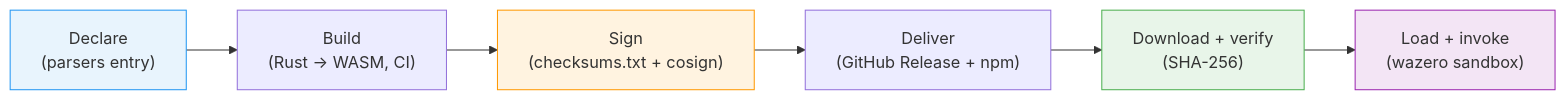
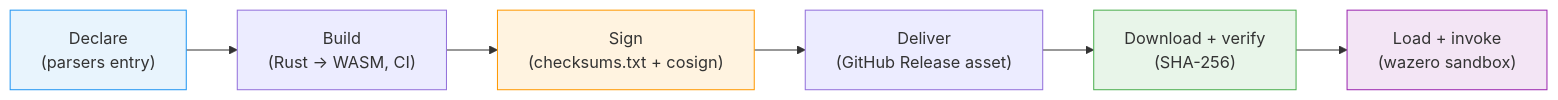
The first of 3 diagrams in website/docs/guides/architecture/parsers.md (datamitsu/datamitsu), drawn with Mermaid before and after one commit. The commit also changed other lines of this file and 15 other files, not shown here.

First line of the commit message:
refactor: ship WASM parser module only as a signed release asset (#146)

````diff
--- a/website/docs/guides/architecture/parsers.md
+++ b/website/docs/guides/architecture/parsers.md
@@ -41,13 +41,13 @@
 ```mermaid
 graph LR
     A["Declare<br/>(parsers entry)"] --> B["Build<br/>(Rust → WASM, CI)"]
     B --> C["Sign<br/>(checksums.txt + cosign)"]
-    C --> D["Deliver<br/>(GitHub Release + npm)"]
+    C --> D["Deliver<br/>(GitHub Release asset)"]
     D --> E["Download + verify<br/>(SHA-256)"]
     E --> F["Load + invoke<br/>(wazero sandbox)"]
 
     style A fill:#e8f4fd,stroke:#2196f3
     style C fill:#fff3e0,stroke:#ff9800
     style E fill:#e8f5e9,stroke:#4caf50
     style F fill:#f3e5f5,stroke:#9c27b0
 ```
````
